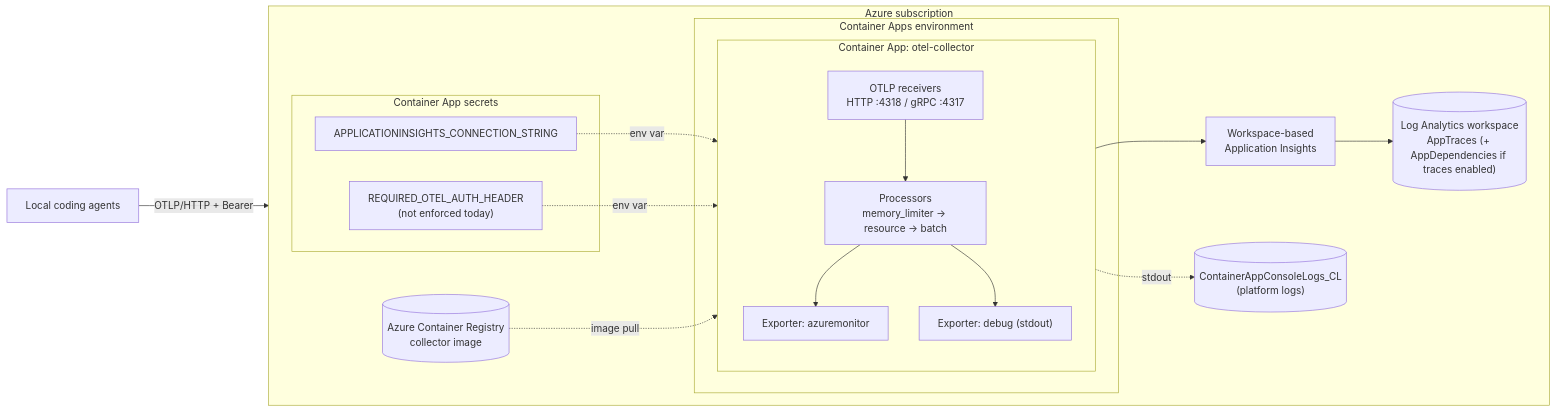
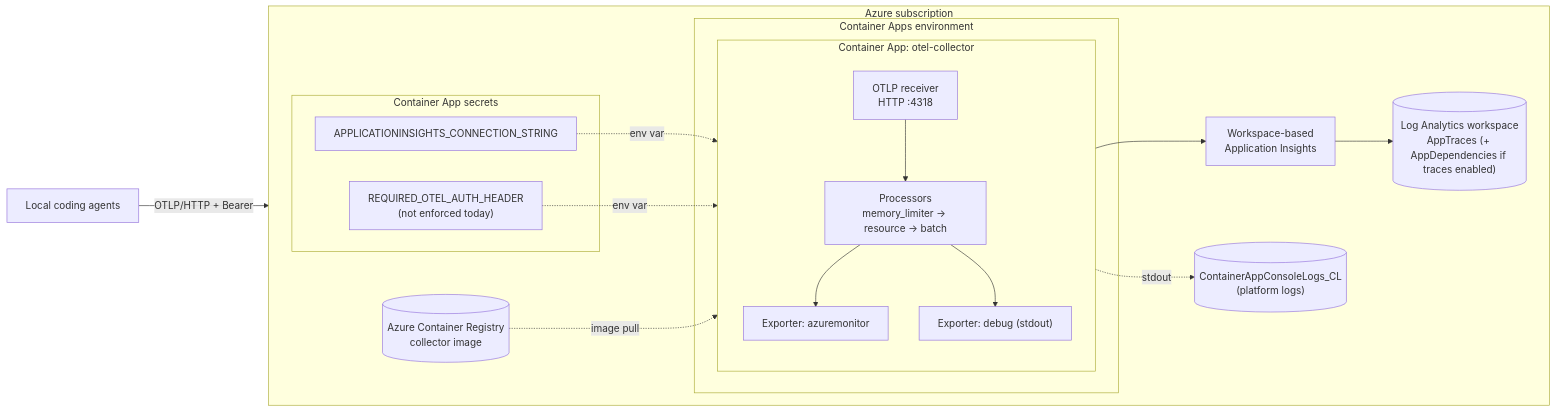
Before and after one commit to lnfernux/OTEL2Sentinel: the second of 2 diagrams in README.MD, drawn with Mermaid. The commit also changed other lines of this file and 4 other files, not shown here.

Commit message:
fix: remove unreachable gRPC receiver

````diff
--- a/README.MD
+++ b/README.MD
@@ -241,40 +241,40 @@
 ```mermaid
 flowchart LR
     AGENT["Local coding agents"]
 
     subgraph Azure["Azure subscription"]
         direction LR
 
         ACR[("Azure Container Registry<br/>collector image")]
 
         subgraph CAE["Container Apps environment"]
             subgraph CA["Container App: otel-collector"]
                 direction TB
-                RCV["OTLP receivers<br/>HTTP :4318 / gRPC :4317"]
+                RCV["OTLP receiver<br/>HTTP :4318"]
                 PROC["Processors<br/>memory_limiter → resource → batch"]
                 EXP_AM["Exporter: azuremonitor"]
                 EXP_DBG["Exporter: debug (stdout)"]
                 RCV --> PROC --> EXP_AM
                 PROC --> EXP_DBG
             end
         end
 
         subgraph Secrets["Container App secrets"]
             S_CONN["APPLICATIONINSIGHTS_CONNECTION_STRING"]
             S_AUTH["REQUIRED_OTEL_AUTH_HEADER<br/>(not enforced today)"]
         end
 
         AI["Workspace-based<br/>Application Insights"]
         LAW[("Log Analytics workspace<br/>AppTraces (+ AppDependencies if traces enabled)")]
         CACL[("ContainerAppConsoleLogs_CL<br/>(platform logs)")]
     end
 
     AGENT -- "OTLP/HTTP + Bearer" --> RCV
 
     ACR -. image pull .-> CA
     S_CONN -. env var .-> EXP_AM
     S_AUTH -. env var .-> CA
 
     EXP_AM --> AI --> LAW
     EXP_DBG -. stdout .-> CACL
 ```
````
